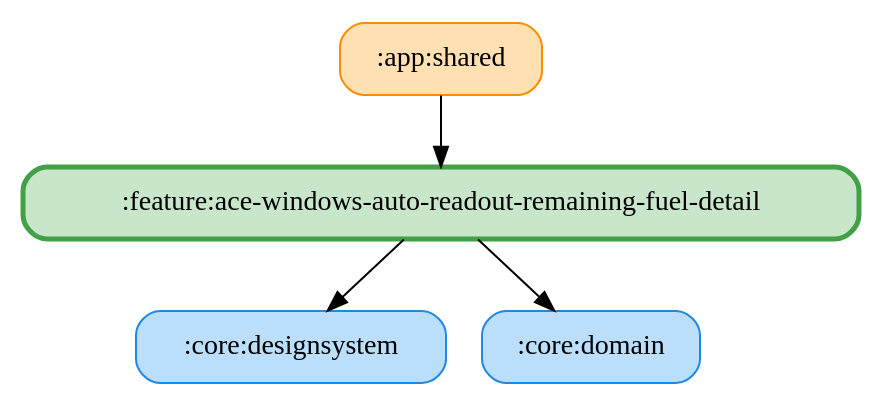
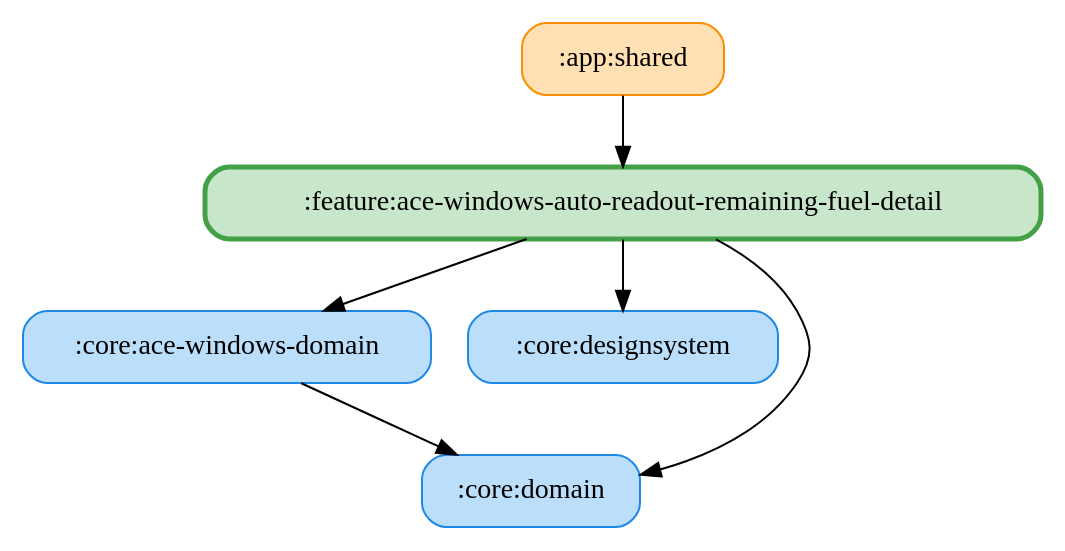
One commit to ai-kurou/KoDriver changed the diagram in docs/graphs/feature-ace-windows-auto-readout-remaining-fuel-detail.gv. Above: the diagram before and after it, drawn with Graphviz. The commit also changed 34 other files, not shown here.

Commit message:
chore: update module graph images

```diff
--- a/docs/graphs/feature-ace-windows-auto-readout-remaining-fuel-detail.gv
+++ b/docs/graphs/feature-ace-windows-auto-readout-remaining-fuel-detail.gv
@@ -1,11 +1,14 @@
 digraph G {
   rankdir=TB
   node [shape=box, style="rounded,filled"]
   ":app:shared" [fillcolor="#FFE0B2", color="#FB8C00", penwidth=1]
+  ":core:ace-windows-domain" [fillcolor="#BBDEFB", color="#1E88E5", penwidth=1]
   ":core:designsystem" [fillcolor="#BBDEFB", color="#1E88E5", penwidth=1]
   ":core:domain" [fillcolor="#BBDEFB", color="#1E88E5", penwidth=1]
   ":feature:ace-windows-auto-readout-remaining-fuel-detail" [fillcolor="#C8E6C9", color="#43A047", penwidth=2.5]
   ":app:shared" -> ":feature:ace-windows-auto-readout-remaining-fuel-detail"
+  ":core:ace-windows-domain" -> ":core:domain"
   ":feature:ace-windows-auto-readout-remaining-fuel-detail" -> ":core:domain"
   ":feature:ace-windows-auto-readout-remaining-fuel-detail" -> ":core:designsystem"
+  ":feature:ace-windows-auto-readout-remaining-fuel-detail" -> ":core:ace-windows-domain"
 }
```
